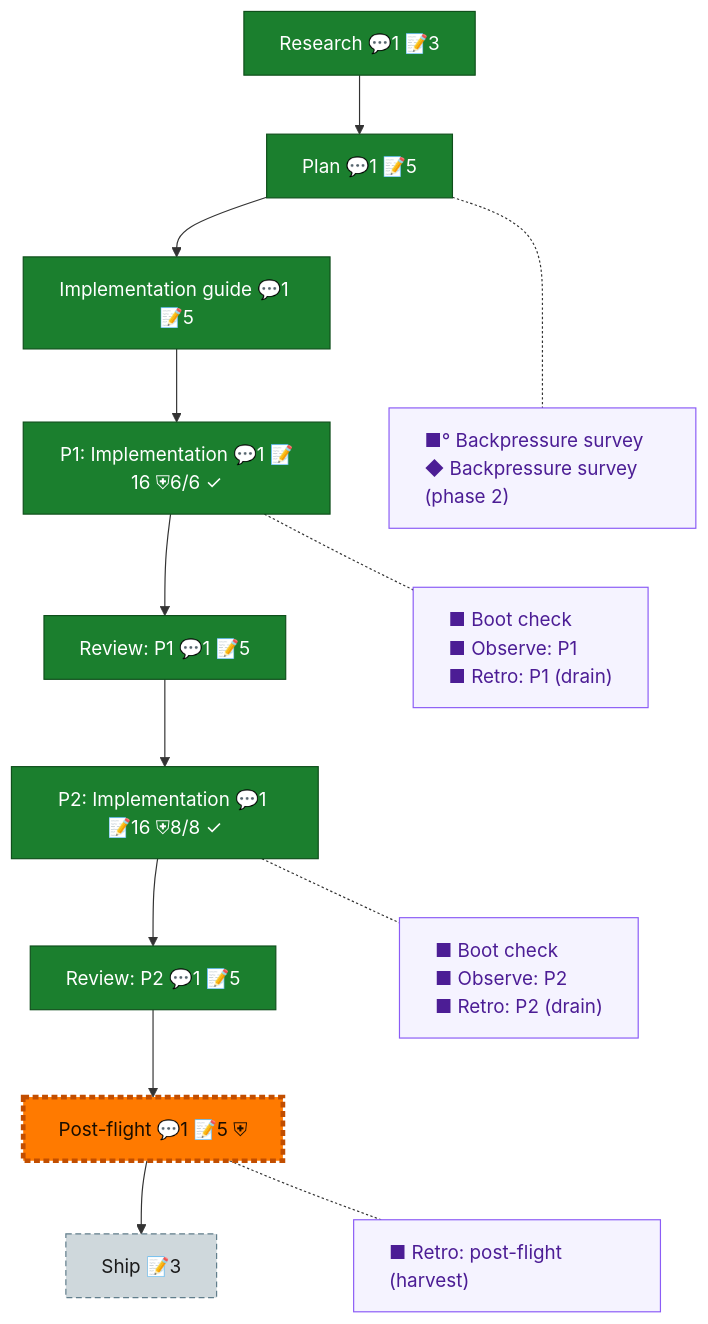
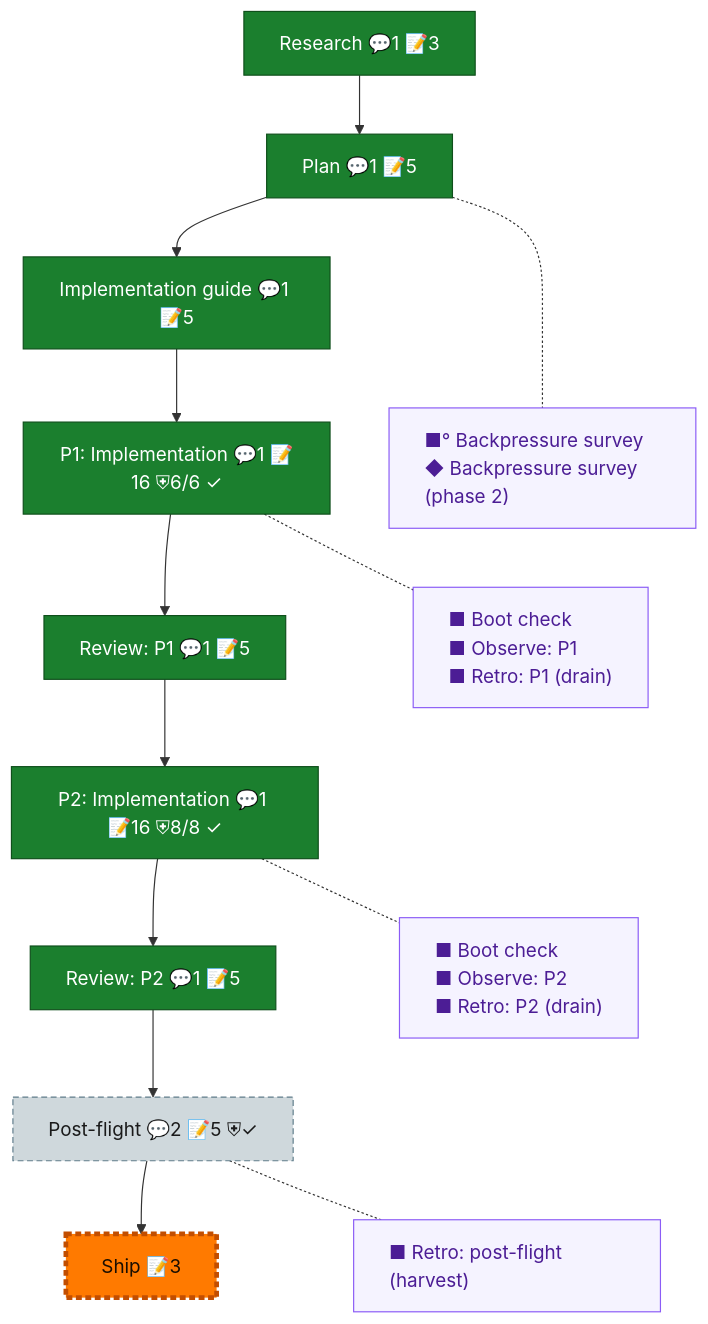
One commit to AI-Substrate/Unisphere changed the diagram in docs/plans/archive/028-prep-canonical-tables/the-flow.md. Above: the diagram before and after it, drawn with Mermaid. The commit also changed other lines of this file and 3 other files, not shown here.

First line of the commit message:
docs(plan-028): post-flight exit — preservation refresh 0ca63312, flow at ship (not shipped), post-flight retro

````diff
--- a/docs/plans/archive/028-prep-canonical-tables/the-flow.md
+++ b/docs/plans/archive/028-prep-canonical-tables/the-flow.md
@@ -8,34 +8,34 @@
 ```mermaid
 flowchart TD
     research["Research 💬1 📝3"]:::done
     plan["Plan 💬1 📝5"]:::done
     impl_guide["Implementation guide 💬1 📝5"]:::done
     phase_1["P1: Implementation 💬1 📝16 ⛨6/6 ✓"]:::done
     review_1["Review: P1 💬1 📝5"]:::done
     phase_2["P2: Implementation 💬1 📝16 ⛨8/8 ✓"]:::done
     review_2["Review: P2 💬1 📝5"]:::done
-    post_flight["Post-flight 💬1 📝5 ⛨"]:::assumed
+    post_flight["Post-flight 💬2 📝5 ⛨✓"]:::assumed
     ship["Ship 📝3"]:::assumed
 
     research --> plan --> impl_guide --> phase_1 --> review_1 --> phase_2 --> review_2 --> post_flight --> ship
 
     planC["■° Backpressure survey<br/>◆ Backpressure survey (phase 2)"]:::chore
     phase_1C["■ Boot check<br/>■ Observe: P1<br/>■ Retro: P1 (drain)"]:::chore
     phase_2C["■ Boot check<br/>■ Observe: P2<br/>■ Retro: P2 (drain)"]:::chore
     post_flightC["■ Retro: post-flight (harvest)"]:::chore
 
     %% invisible chain holds the gutter boxes in their own column
     planC ~~~ phase_1C ~~~ phase_2C ~~~ post_flightC
 
     %% dotted links pull each gutter box beside its node
     plan -.- planC
     phase_1 -.- phase_1C
     phase_2 -.- phase_2C
     post_flight -.- post_flightC
 
     classDef done fill:#1B7F2E,stroke:#0F4F1B,color:#fff;
     classDef assumed fill:#CFD8DC,stroke:#607D8B,color:#1a1a1a,stroke-dasharray:5 3;
     classDef chore fill:#f5f3ff,stroke:#8b5cf6,color:#4c1d95,text-align:left;
     classDef current fill:#FF7A00,stroke:#C24E00,color:#1a0e00,stroke-width:4px;
-    class post_flight current;
+    class ship current;
 ```
````
